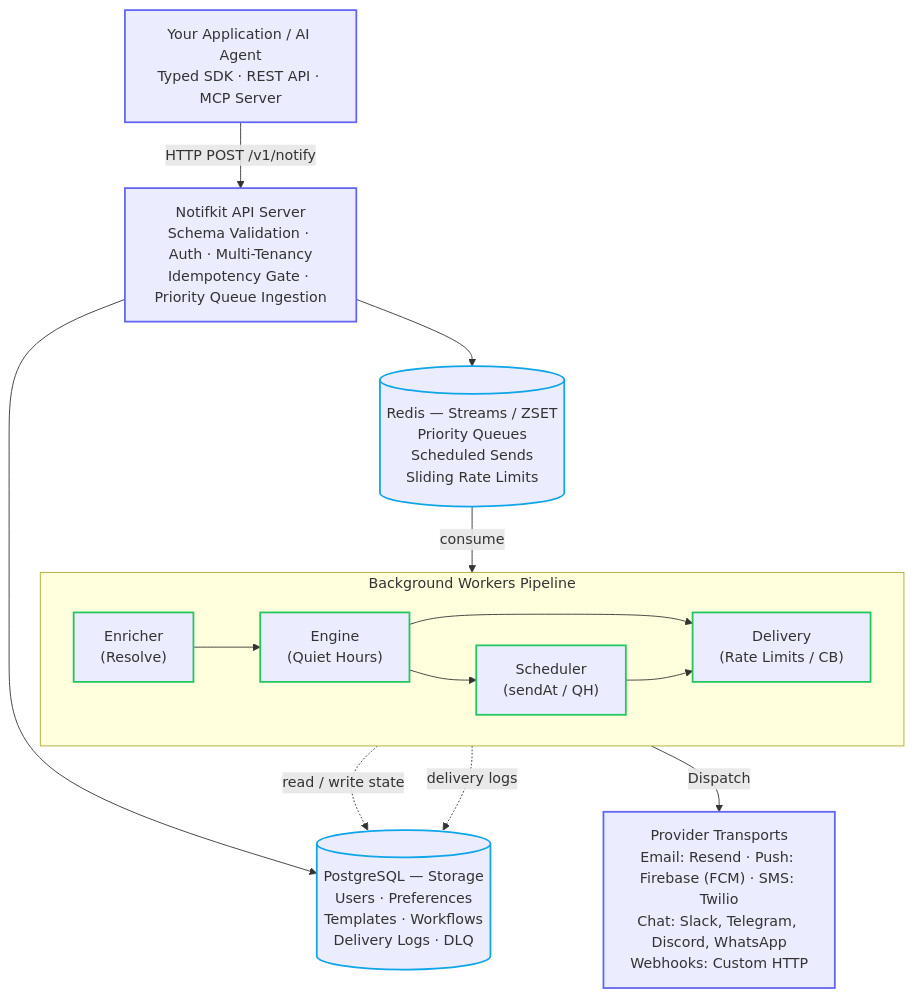
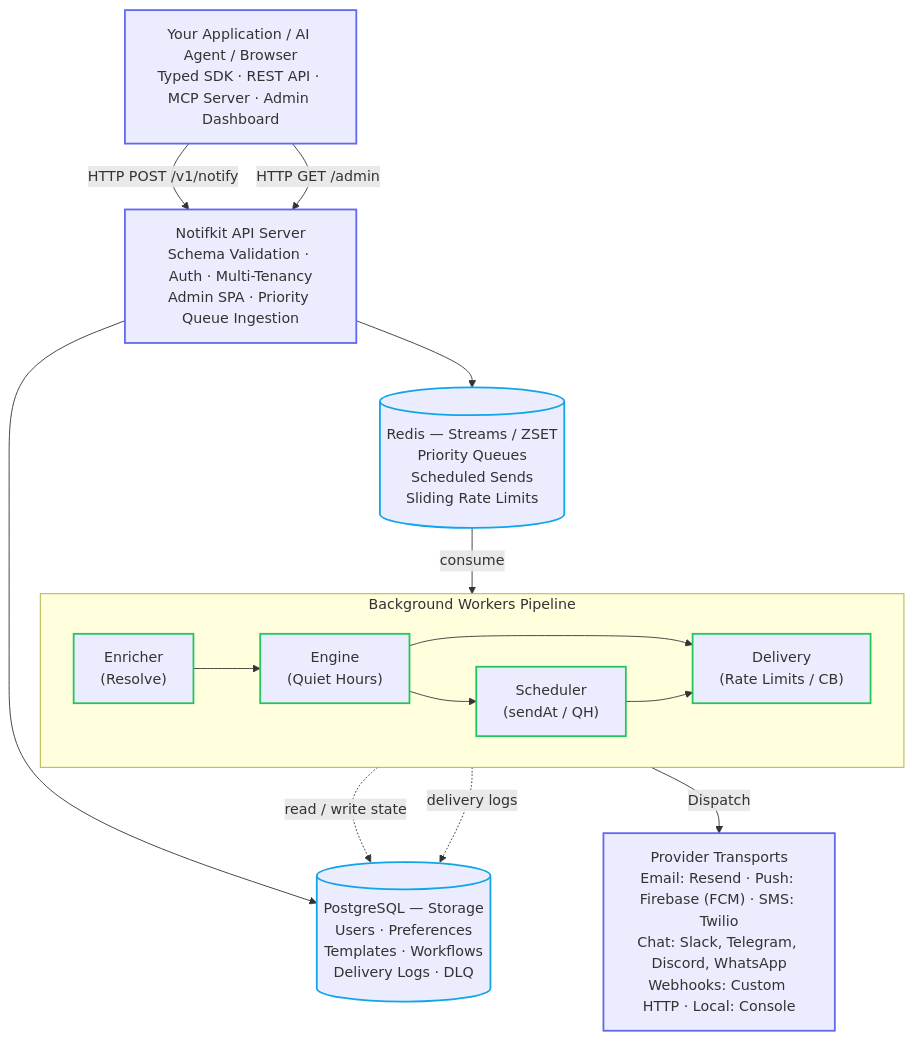
One commit to devkitshq/notifkit changed the diagram in README.md. Above: the diagram before and after it, drawn with Mermaid. The commit also changed other lines of this file and 4 other files, not shown here.

````diff
--- a/README.md
+++ b/README.md
@@ -46,35 +46,35 @@
 ```mermaid
 flowchart TD
-    App["Your Application / AI Agent<br/>Typed SDK · REST API · MCP Server"]
+    App["Your Application / AI Agent / Browser<br/>Typed SDK · REST API · MCP Server · Admin Dashboard"]
 
     App -->|"HTTP POST /v1/notify"| API
+    App -->|"HTTP GET /admin"| API
 
-    API["Notifkit API Server<br/>Schema Validation · Auth · Multi-Tenancy<br/>Idempotency Gate · Priority Queue Ingestion"]
+    API["Notifkit API Server<br/>Schema Validation · Auth · Multi-Tenancy<br/>Admin SPA · Priority Queue Ingestion"]
 
     API --> PG
     API --> REDIS
 
     PG[("PostgreSQL — Storage<br/>Users · Preferences<br/>Templates · Workflows<br/>Delivery Logs · DLQ")]
     REDIS[("Redis — Streams / ZSET<br/>Priority Queues<br/>Scheduled Sends<br/>Sliding Rate Limits")]
 
     subgraph WORKERS["Background Workers Pipeline"]
         direction LR
         ENRICH["Enricher<br/>(Resolve)"] --> ENGINE["Engine<br/>(Quiet Hours)"] --> DELIVER["Delivery<br/>(Rate Limits / CB)"]
         ENGINE --> SCHED["Scheduler<br/>(sendAt / QH)"]
         SCHED --> DELIVER
     end
-
     REDIS -->|"consume"| ENRICH
     ENRICH -.->|"read / write state"| PG
     DELIVER -.->|"delivery logs"| PG
     DELIVER -->|"Dispatch"| PROVIDERS
 
-    PROVIDERS["Provider Transports<br/>Email: Resend · Push: Firebase (FCM) · SMS: Twilio<br/>Chat: Slack, Telegram, Discord, WhatsApp<br/>Webhooks: Custom HTTP"]
+    PROVIDERS["Provider Transports<br/>Email: Resend · Push: Firebase (FCM) · SMS: Twilio<br/>Chat: Slack, Telegram, Discord, WhatsApp<br/>Webhooks: Custom HTTP · Local: Console"]
 
     classDef entry stroke:#6366f1,stroke-width:2px
     classDef store stroke:#0ea5e9,stroke-width:2px
     classDef work stroke:#22c55e,stroke-width:2px
     class App,API,PROVIDERS entry
     class PG,REDIS store
     class ENRICH,ENGINE,DELIVER,SCHED work
 ```
````
